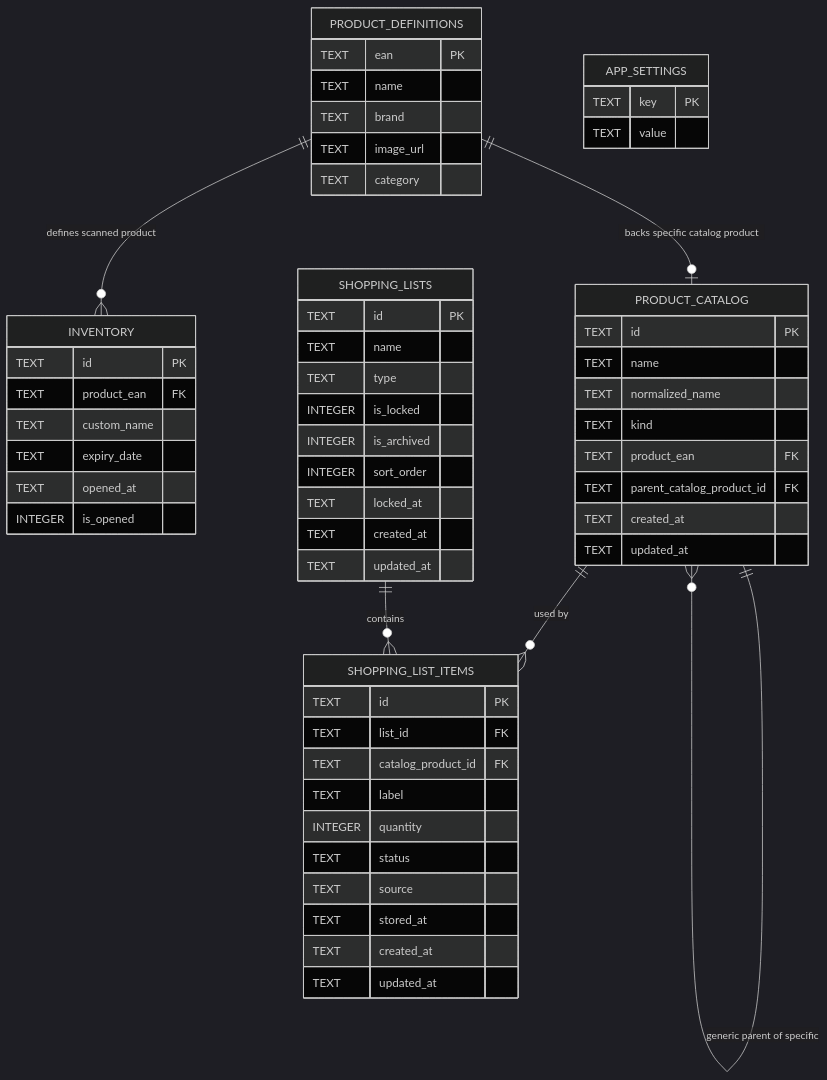
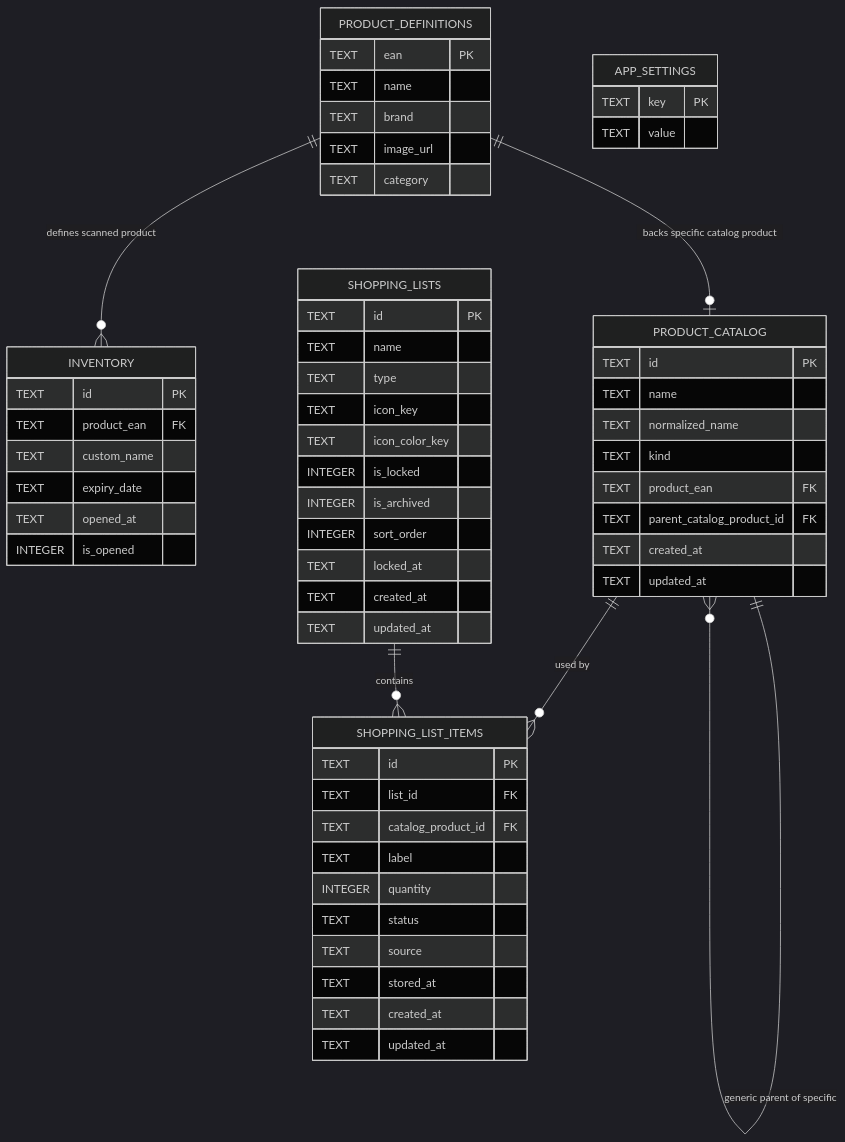
The diagram in docs/db/schema.md (nazwa-zespolu/ShelfChef), drawn with Mermaid (dark theme) before and after one commit. The commit also changed other lines of this file and 7 other files, not shown here.

````diff
--- a/docs/db/schema.md
+++ b/docs/db/schema.md
@@ -4,68 +4,70 @@
 ```mermaid
 erDiagram
     PRODUCT_DEFINITIONS {
         TEXT ean PK
         TEXT name
         TEXT brand
         TEXT image_url
         TEXT category
     }
 
     INVENTORY {
         TEXT id PK
         TEXT product_ean FK
         TEXT custom_name
         TEXT expiry_date
         TEXT opened_at
         INTEGER is_opened
     }
 
     APP_SETTINGS {
         TEXT key PK
         TEXT value
     }
 
     PRODUCT_CATALOG {
         TEXT id PK
         TEXT name
         TEXT normalized_name
         TEXT kind
         TEXT product_ean FK
         TEXT parent_catalog_product_id FK
         TEXT created_at
         TEXT updated_at
     }
 
     SHOPPING_LISTS {
         TEXT id PK
         TEXT name
         TEXT type
+        TEXT icon_key
+        TEXT icon_color_key
         INTEGER is_locked
         INTEGER is_archived
         INTEGER sort_order
         TEXT locked_at
         TEXT created_at
         TEXT updated_at
     }
 
     SHOPPING_LIST_ITEMS {
         TEXT id PK
         TEXT list_id FK
         TEXT catalog_product_id FK
         TEXT label
         INTEGER quantity
         TEXT status
         TEXT source
         TEXT stored_at
         TEXT created_at
         TEXT updated_at
     }
 
     PRODUCT_DEFINITIONS ||--o{ INVENTORY : "defines scanned product"
     PRODUCT_DEFINITIONS ||--o| PRODUCT_CATALOG : "backs specific catalog product"
 
     PRODUCT_CATALOG ||--o{ SHOPPING_LIST_ITEMS : "used by"
     PRODUCT_CATALOG ||--o{ PRODUCT_CATALOG : "generic parent of specific"
 
     SHOPPING_LISTS ||--o{ SHOPPING_LIST_ITEMS : "contains"
 ```
````
